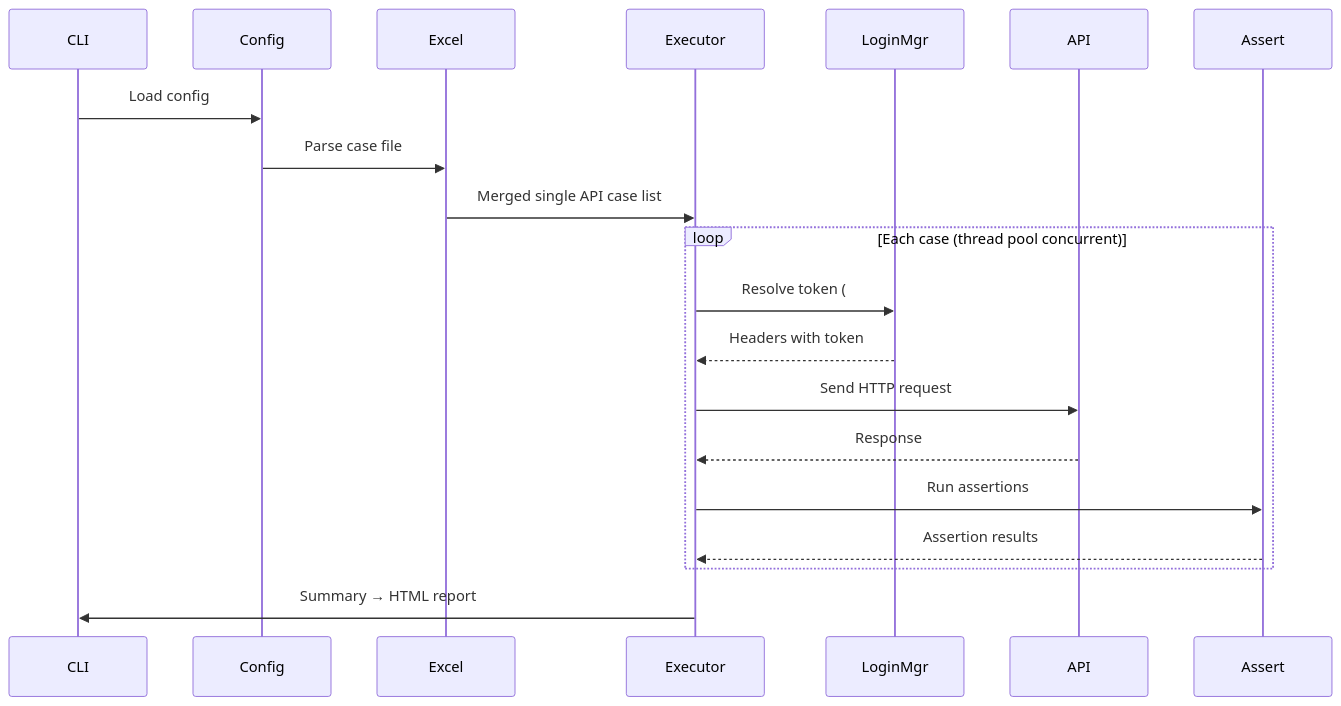
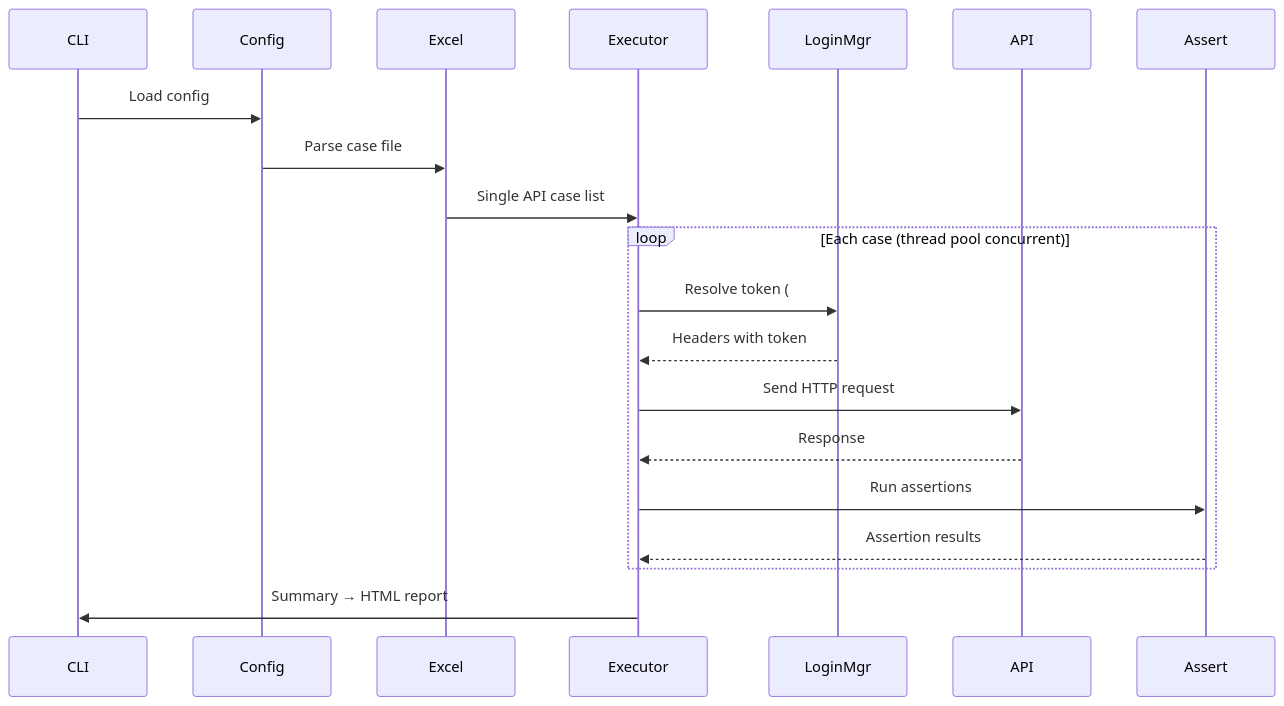
Before and after one commit to Remon-16/flow-forge: the second of 3 diagrams in python/README.en.md, drawn with Mermaid. The commit also changed other lines of this file and 4 other files, not shown here.

````diff
--- a/python/README.en.md
+++ b/python/README.en.md
@@ -384,23 +377,23 @@
 ```mermaid
 sequenceDiagram
     participant CLI
     participant Config
     participant Excel
     participant Executor
     participant LoginMgr
     participant API
     participant Assert
 
     CLI->>Config: Load config
     Config->>Excel: Parse case file
-    Excel->>Executor: Merged single API case list
+    Excel->>Executor: Single API case list
     loop Each case (thread pool concurrent)
         Executor->>LoginMgr: Resolve token (#{user})
         LoginMgr-->>Executor: Headers with token
         Executor->>API: Send HTTP request
         API-->>Executor: Response
         Executor->>Assert: Run assertions
         Assert-->>Executor: Assertion results
     end
     Executor->>CLI: Summary → HTML report
 ```
````
